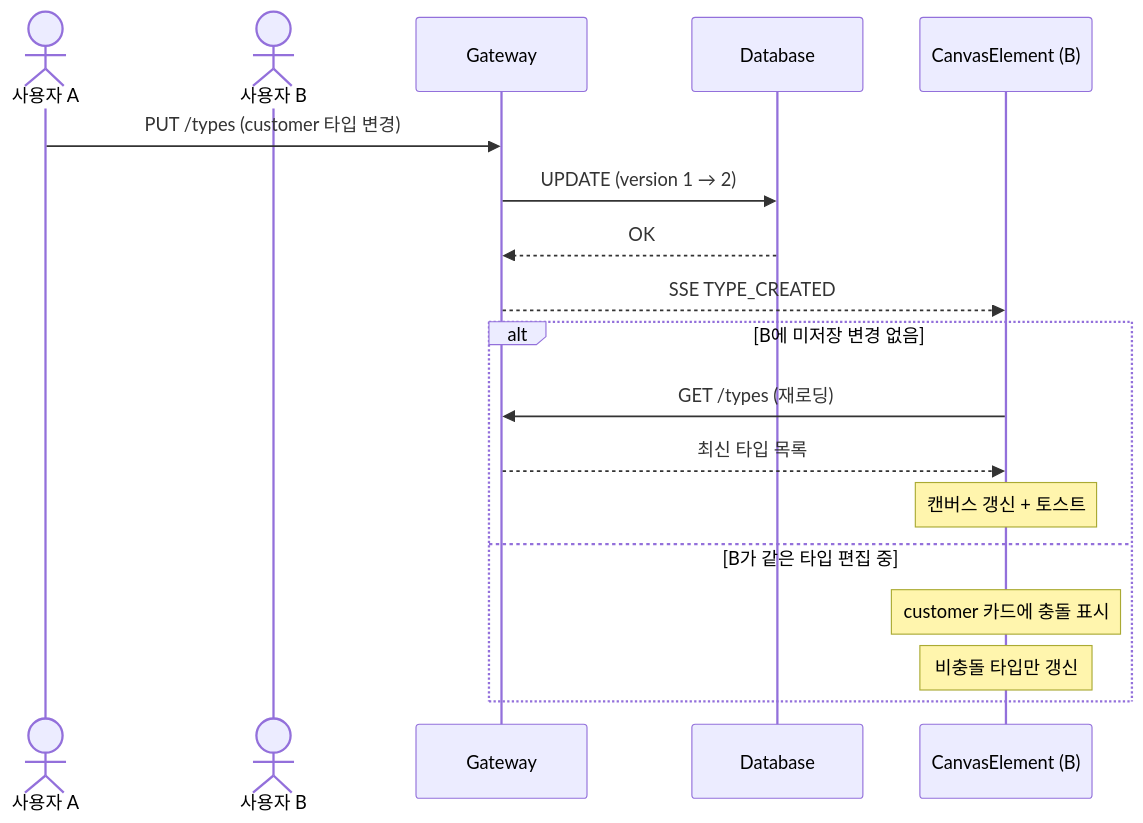
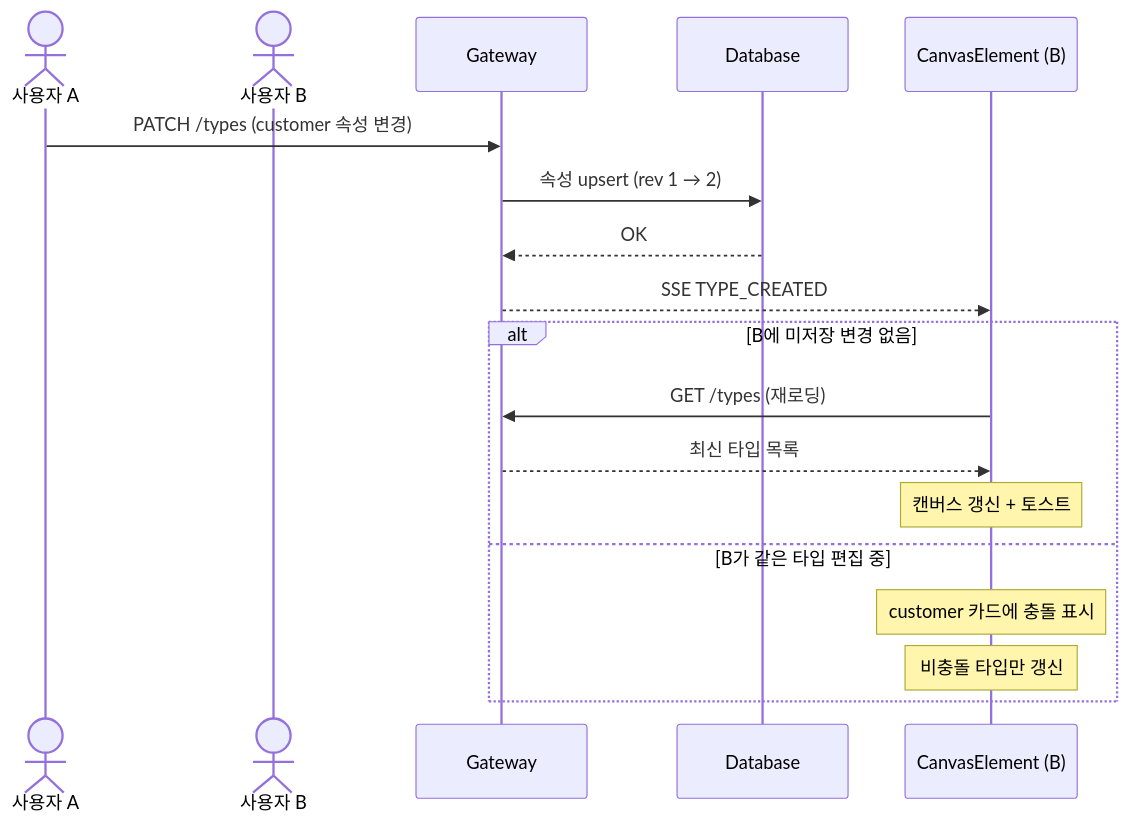
Before and after one commit to sayaya1090/handbook: the ninth of 11 diagrams in type-ui/USECASE.md, drawn with Mermaid. The commit also changed other lines of this file and 74 other files, not shown here.

````diff
--- a/type-ui/USECASE.md
+++ b/type-ui/USECASE.md
@@ -357,22 +388,22 @@
 ```mermaid
 sequenceDiagram
     actor A as 사용자 A
     actor B as 사용자 B
     participant GW as Gateway
     participant DB as Database
     participant CanvasB as CanvasElement (B)
 
-    A->>GW: PUT /types (customer 타입 변경)
-    GW->>DB: UPDATE (version 1 → 2)
+    A->>GW: PATCH /types (customer 속성 변경)
+    GW->>DB: 속성 upsert (rev 1 → 2)
     DB-->>GW: OK
     GW-->>CanvasB: SSE TYPE_CREATED
 
     alt B에 미저장 변경 없음
         CanvasB->>GW: GET /types (재로딩)
         GW-->>CanvasB: 최신 타입 목록
         Note over CanvasB: 캔버스 갱신 + 토스트
     else B가 같은 타입 편집 중
         Note over CanvasB: customer 카드에 충돌 표시
         Note over CanvasB: 비충돌 타입만 갱신
     end
 ```
````
